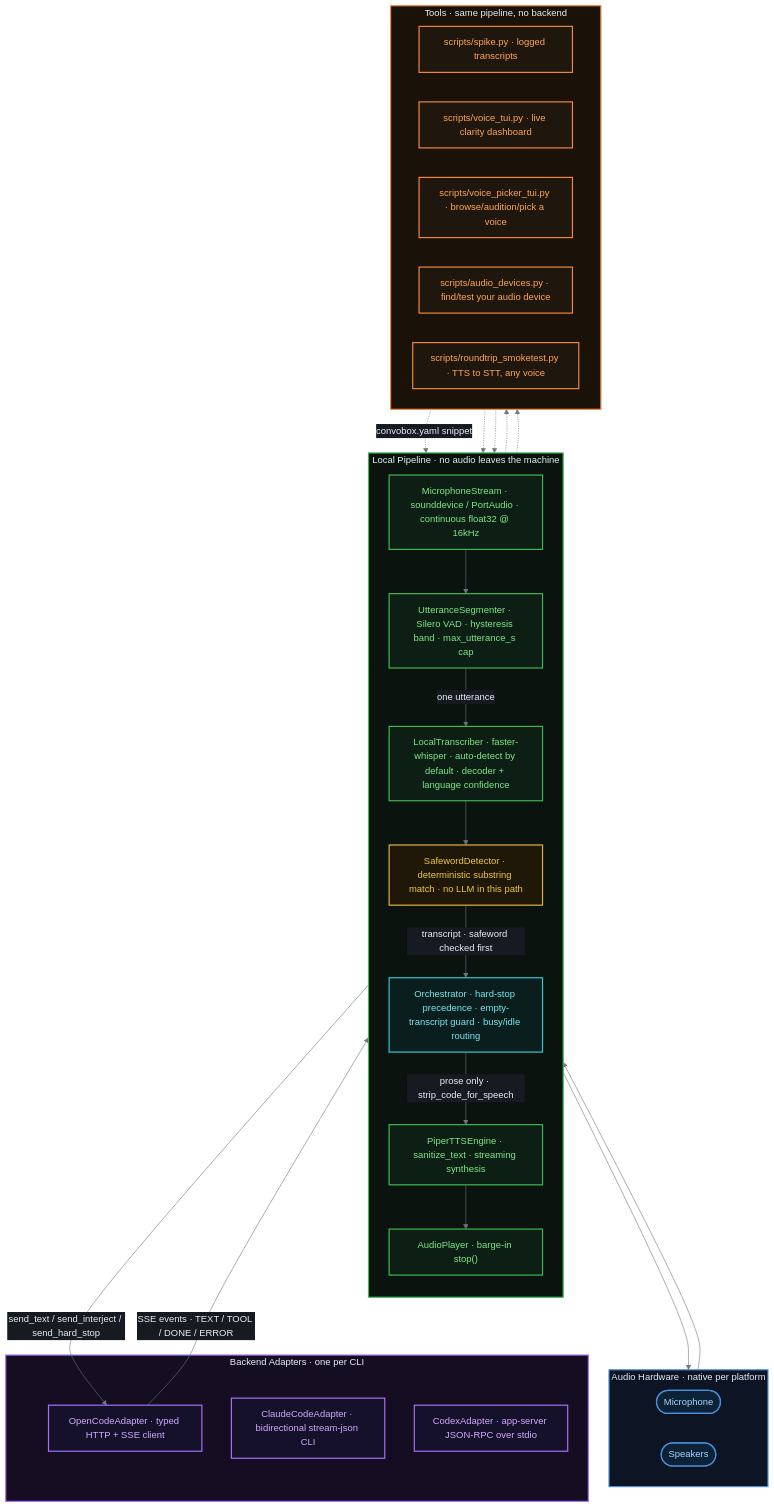
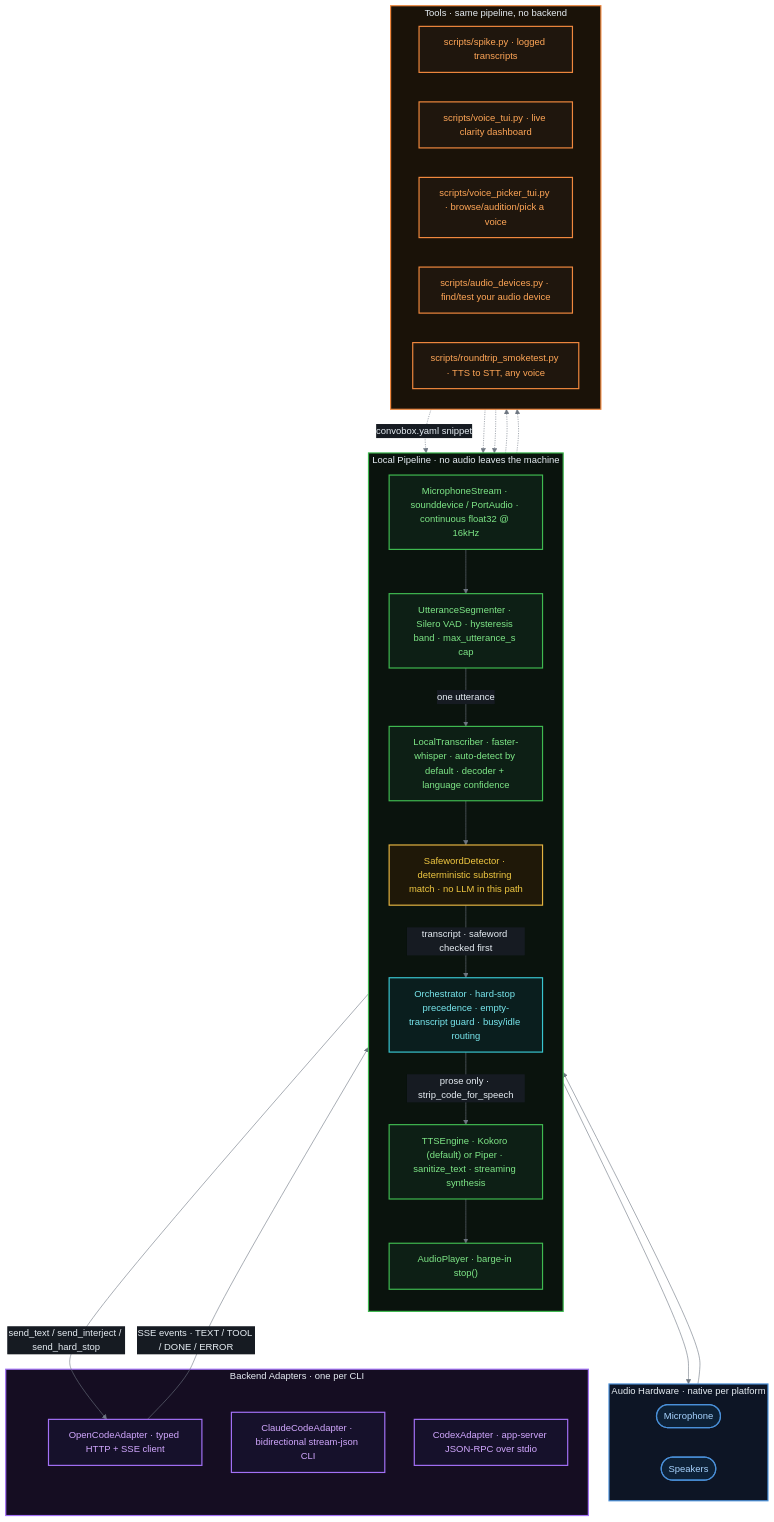
One commit to LegionForge/convobox changed the first of 2 diagrams in docs/ARCHITECTURE.md. Above: the diagram before and after it, drawn with Mermaid. The commit also changed other lines of this file and 1 other file, not shown here.

First line of the commit message:
docs: fix stale Kokoro/Piper claims in STATUS.md and ARCHITECTURE.md

````diff
--- a/docs/ARCHITECTURE.md
+++ b/docs/ARCHITECTURE.md
@@ -6,59 +6,59 @@
 ```mermaid
 %%{init: {'theme': 'base', 'themeVariables': {'background': '#0d1117', 'mainBkg': '#161b22', 'primaryColor': '#1c2938', 'primaryBorderColor': '#30363d', 'primaryTextColor': '#e6edf3', 'lineColor': '#6e7681', 'clusterBkg': '#161b22', 'clusterBorder': '#30363d', 'edgeLabelBackground': '#161b22', 'titleColor': '#e6edf3'}}}%%
 flowchart TB
     classDef hw       fill:#0d2137,stroke:#4a90d9,stroke-width:2px,color:#a8d4ff
     classDef pipeline fill:#0d1f15,stroke:#3fb950,stroke-width:2px,color:#7ee787
     classDef routing  fill:#0a1e1e,stroke:#39c5cf,stroke-width:2px,color:#79e8ef
     classDef safety   fill:#1f1808,stroke:#e3b341,stroke-width:2px,color:#f0c842
     classDef backend  fill:#16112b,stroke:#a371f7,stroke-width:2px,color:#d2a8ff
     classDef tool     fill:#1f160d,stroke:#f0883e,stroke-width:2px,color:#ffa657
     classDef future   fill:#0d1117,stroke:#484f58,stroke-width:1px,stroke-dasharray:4 4,color:#6e7681
 
     subgraph HW["Audio Hardware · native per platform"]
         direction LR
         MIC(["Microphone"]):::hw
         SPK(["Speakers"]):::hw
     end
 
     subgraph LOCAL["Local Pipeline · no audio leaves the machine"]
         direction TB
         CAP["MicrophoneStream · sounddevice / PortAudio · continuous float32 @ 16kHz"]:::pipeline
         VAD["UtteranceSegmenter · Silero VAD · hysteresis band · max_utterance_s cap"]:::pipeline
         STT["LocalTranscriber · faster-whisper · auto-detect by default · decoder + language confidence"]:::pipeline
         SW["SafewordDetector · deterministic substring match · no LLM in this path"]:::safety
         ORCH["Orchestrator · hard-stop precedence · empty-transcript guard · busy/idle routing"]:::routing
-        TTS["PiperTTSEngine · sanitize_text · streaming synthesis"]:::pipeline
+        TTS["TTSEngine · Kokoro (default) or Piper · sanitize_text · streaming synthesis"]:::pipeline
         PLAY["AudioPlayer · barge-in stop()"]:::pipeline
     end
 
     subgraph ADAPTERS["Backend Adapters · one per CLI"]
         OC["OpenCodeAdapter · typed HTTP + SSE client"]:::backend
         CC["ClaudeCodeAdapter · bidirectional stream-json CLI"]:::backend
         CX["CodexAdapter · app-server JSON-RPC over stdio"]:::backend
     end
 
     subgraph TOOLS["Tools · same pipeline, no backend"]
         direction LR
         SPIKE["scripts/spike.py · logged transcripts"]:::tool
         TUI["scripts/voice_tui.py · live clarity dashboard"]:::tool
         PICKER["scripts/voice_picker_tui.py · browse/audition/pick a voice"]:::tool
         AUDIO["scripts/audio_devices.py · find/test your audio device"]:::tool
         ROUNDTRIP["scripts/roundtrip_smoketest.py · TTS to STT, any voice"]:::tool
     end
 
     MIC --> CAP --> VAD -->|"one utterance"| STT --> SW
     SW -->|"transcript · safeword checked first"| ORCH
     ORCH -->|"send_text / send_interject / send_hard_stop"| OC
     OC -->|"SSE events · TEXT / TOOL / DONE / ERROR"| ORCH
     ORCH -->|"prose only · strip_code_for_speech"| TTS --> PLAY --> SPK
     SW -.-> SPIKE
     SW -.-> TUI
     PICKER -.->|"convobox.yaml snippet"| TTS
     ROUNDTRIP -.-> TTS
     ROUNDTRIP -.-> STT
 
     style HW fill:#0d1525,stroke:#4a90d9,stroke-width:2px,color:#e6edf3
     style LOCAL fill:#0a130d,stroke:#3fb950,stroke-width:2px,color:#e6edf3
     style ADAPTERS fill:#150d22,stroke:#a371f7,stroke-width:2px,color:#e6edf3
     style TOOLS fill:#1a1208,stroke:#f0883e,stroke-width:2px,color:#e6edf3
 ```
````
